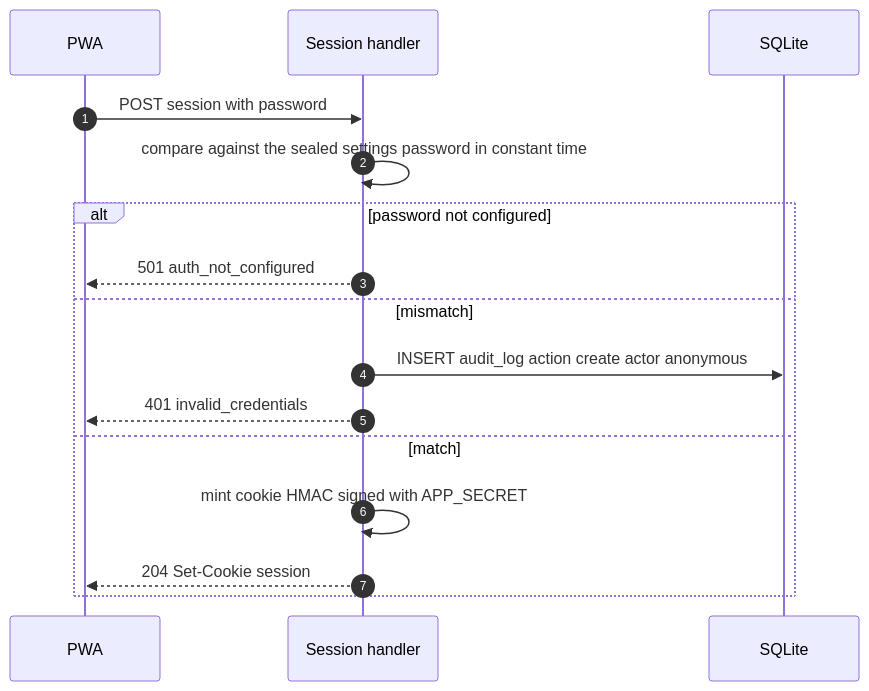
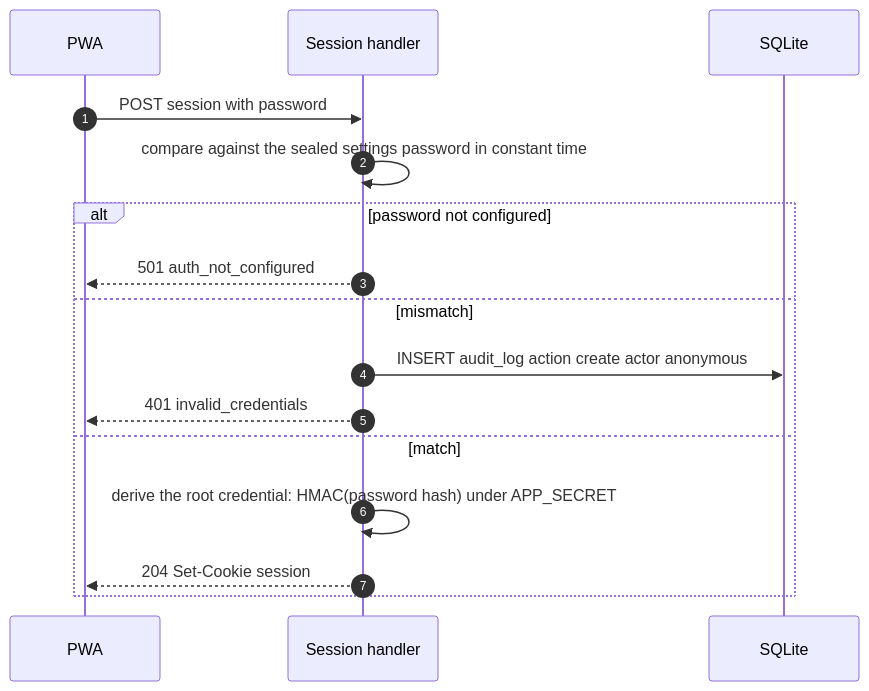
One commit to dimasbaguspm/spenicle changed the second of 21 diagrams in docs/v2-api.md. Above: the diagram before and after it, drawn with Mermaid. The commit also changed other lines of this file and 50 other files, not shown here.

````diff
--- a/docs/v2-api.md
+++ b/docs/v2-api.md
@@ -533,18 +539,18 @@
 ```mermaid
 sequenceDiagram
     autonumber
     participant UI as PWA
     participant API as Session handler
     participant DB as SQLite
     UI->>API: POST session with password
     API->>API: compare against the sealed settings password in constant time
     alt password not configured
         API-->>UI: 501 auth_not_configured
     else mismatch
         API->>DB: INSERT audit_log action create actor anonymous
         API-->>UI: 401 invalid_credentials
     else match
-        API->>API: mint cookie HMAC signed with APP_SECRET
+        API->>API: derive the root credential: HMAC(password hash) under APP_SECRET
         API-->>UI: 204 Set-Cookie session
     end
 ```
````
